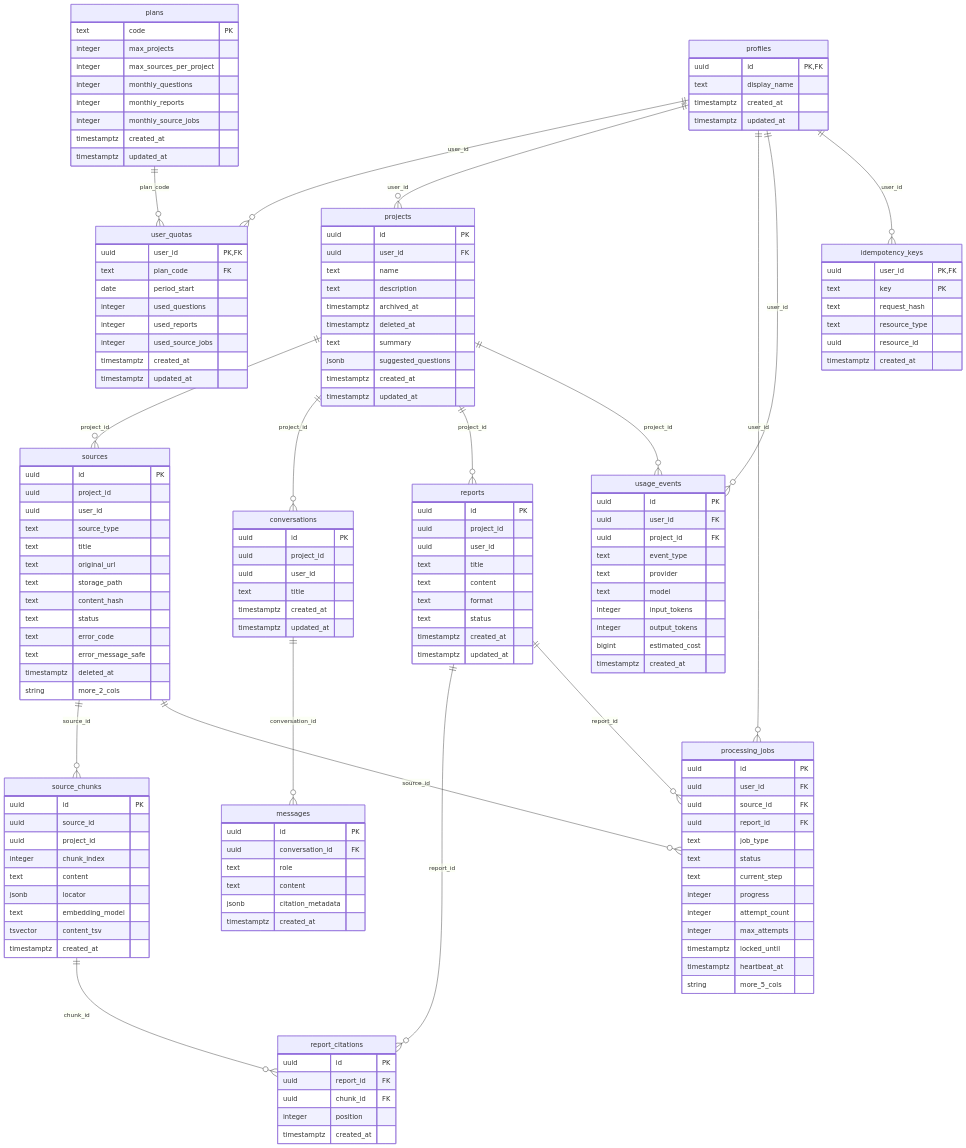
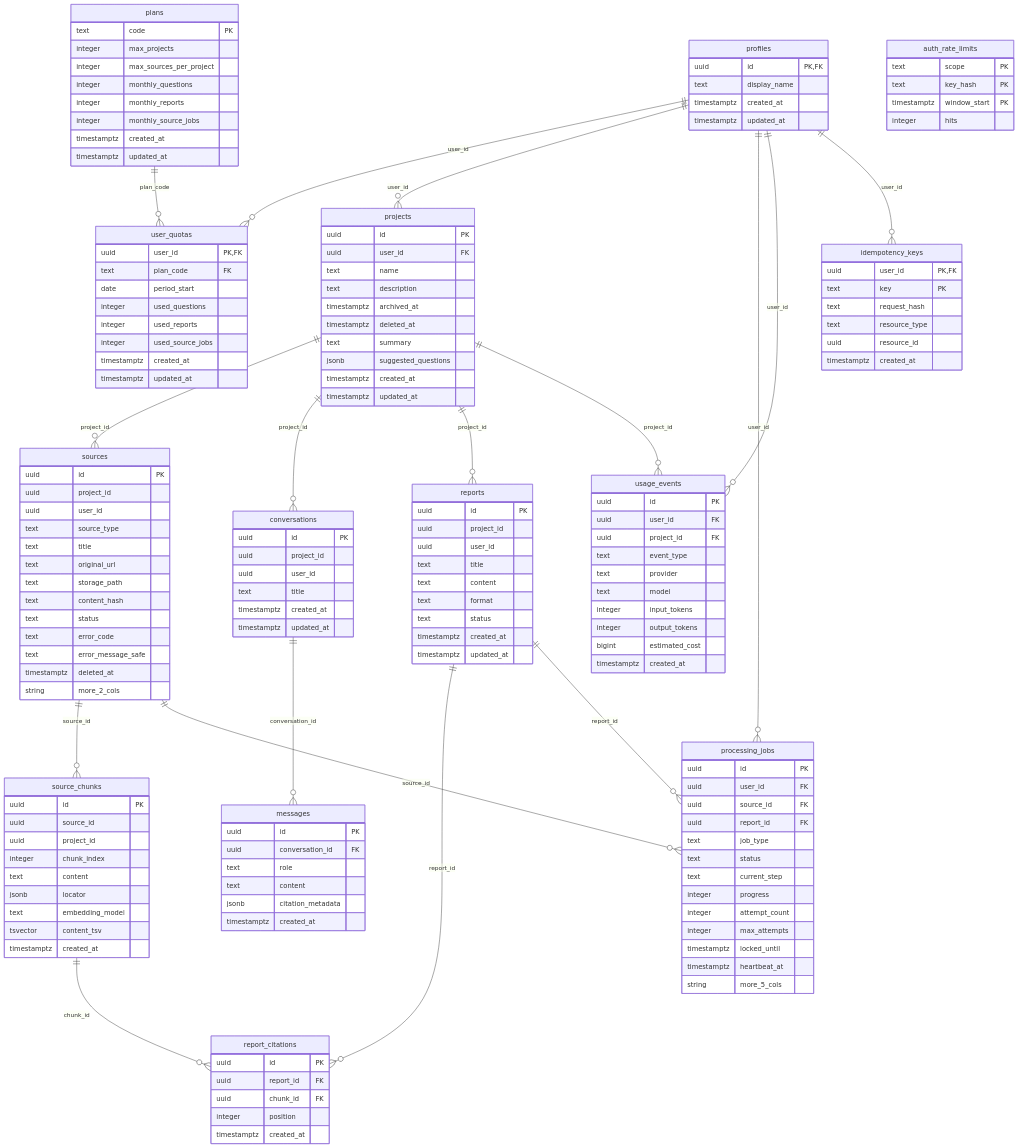
The diagram in docs/diagrams/erd.mmd (DevOps0906/KNOWFLOW-AI), drawn with Mermaid before and after one commit. The commit also changed 38 other files, not shown here.

```diff
--- a/docs/diagrams/erd.mmd
+++ b/docs/diagrams/erd.mmd
@@ -1,150 +1,156 @@
 erDiagram
   plans {
     text code PK
     integer max_projects
     integer max_sources_per_project
     integer monthly_questions
     integer monthly_reports
     integer monthly_source_jobs
     timestamptz created_at
     timestamptz updated_at
   }
   profiles {
     uuid id PK,FK
     text display_name
     timestamptz created_at
     timestamptz updated_at
   }
   user_quotas {
     uuid user_id PK,FK
     text plan_code FK
     date period_start
     integer used_questions
     integer used_reports
     integer used_source_jobs
     timestamptz created_at
     timestamptz updated_at
   }
   projects {
     uuid id PK
     uuid user_id FK
     text name
     text description
     timestamptz archived_at
     timestamptz deleted_at
     text summary
     jsonb suggested_questions
     timestamptz created_at
     timestamptz updated_at
   }
   sources {
     uuid id PK
     uuid project_id
     uuid user_id
     text source_type
     text title
     text original_url
     text storage_path
     text content_hash
     text status
     text error_code
     text error_message_safe
     timestamptz deleted_at
     string more_2_cols
   }
   source_chunks {
     uuid id PK
     uuid source_id
     uuid project_id
     integer chunk_index
     text content
     jsonb locator
     text embedding_model
     tsvector content_tsv
     timestamptz created_at
   }
   conversations {
     uuid id PK
     uuid project_id
     uuid user_id
     text title
     timestamptz created_at
     timestamptz updated_at
   }
   messages {
     uuid id PK
     uuid conversation_id FK
     text role
     text content
     jsonb citation_metadata
     timestamptz created_at
   }
   reports {
     uuid id PK
     uuid project_id
     uuid user_id
     text title
     text content
     text format
     text status
     timestamptz created_at
     timestamptz updated_at
   }
   report_citations {
     uuid id PK
     uuid report_id FK
     uuid chunk_id FK
     integer position
     timestamptz created_at
   }
   processing_jobs {
     uuid id PK
     uuid user_id FK
     uuid source_id FK
     uuid report_id FK
     text job_type
     text status
     text current_step
     integer progress
     integer attempt_count
     integer max_attempts
     timestamptz locked_until
     timestamptz heartbeat_at
     string more_5_cols
   }
   usage_events {
     uuid id PK
     uuid user_id FK
     uuid project_id FK
     text event_type
     text provider
     text model
     integer input_tokens
     integer output_tokens
     bigint estimated_cost
     timestamptz created_at
   }
   idempotency_keys {
     uuid user_id PK,FK
     text key PK
     text request_hash
     text resource_type
     uuid resource_id
     timestamptz created_at
   }
+  auth_rate_limits {
+    text scope PK
+    text key_hash PK
+    timestamptz window_start PK
+    integer hits
+  }
   profiles ||--o{ user_quotas : "user_id"
   plans ||--o{ user_quotas : "plan_code"
   profiles ||--o{ projects : "user_id"
   projects ||--o{ sources : "project_id"
   sources ||--o{ source_chunks : "source_id"
   projects ||--o{ conversations : "project_id"
   conversations ||--o{ messages : "conversation_id"
   projects ||--o{ reports : "project_id"
   reports ||--o{ report_citations : "report_id"
   source_chunks ||--o{ report_citations : "chunk_id"
   profiles ||--o{ processing_jobs : "user_id"
   sources ||--o{ processing_jobs : "source_id"
   reports ||--o{ processing_jobs : "report_id"
   profiles ||--o{ usage_events : "user_id"
   projects ||--o{ usage_events : "project_id"
   profiles ||--o{ idempotency_keys : "user_id"
```
